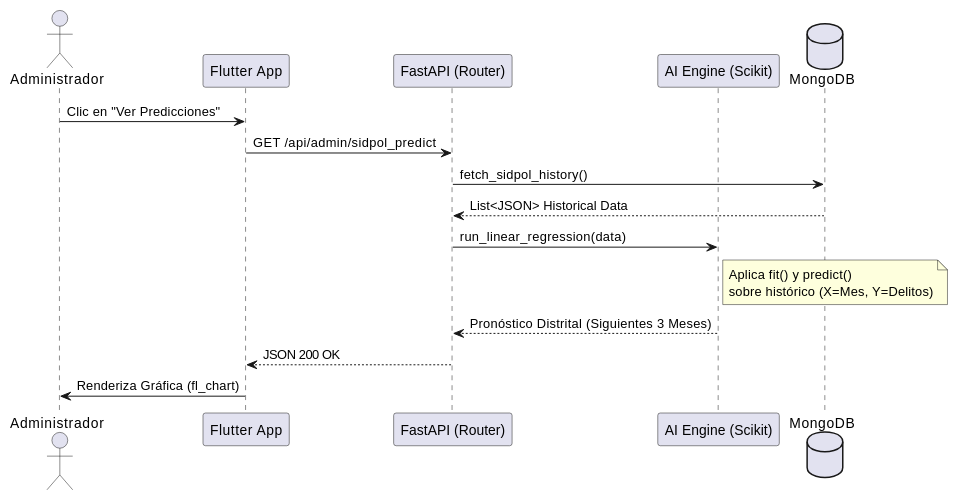
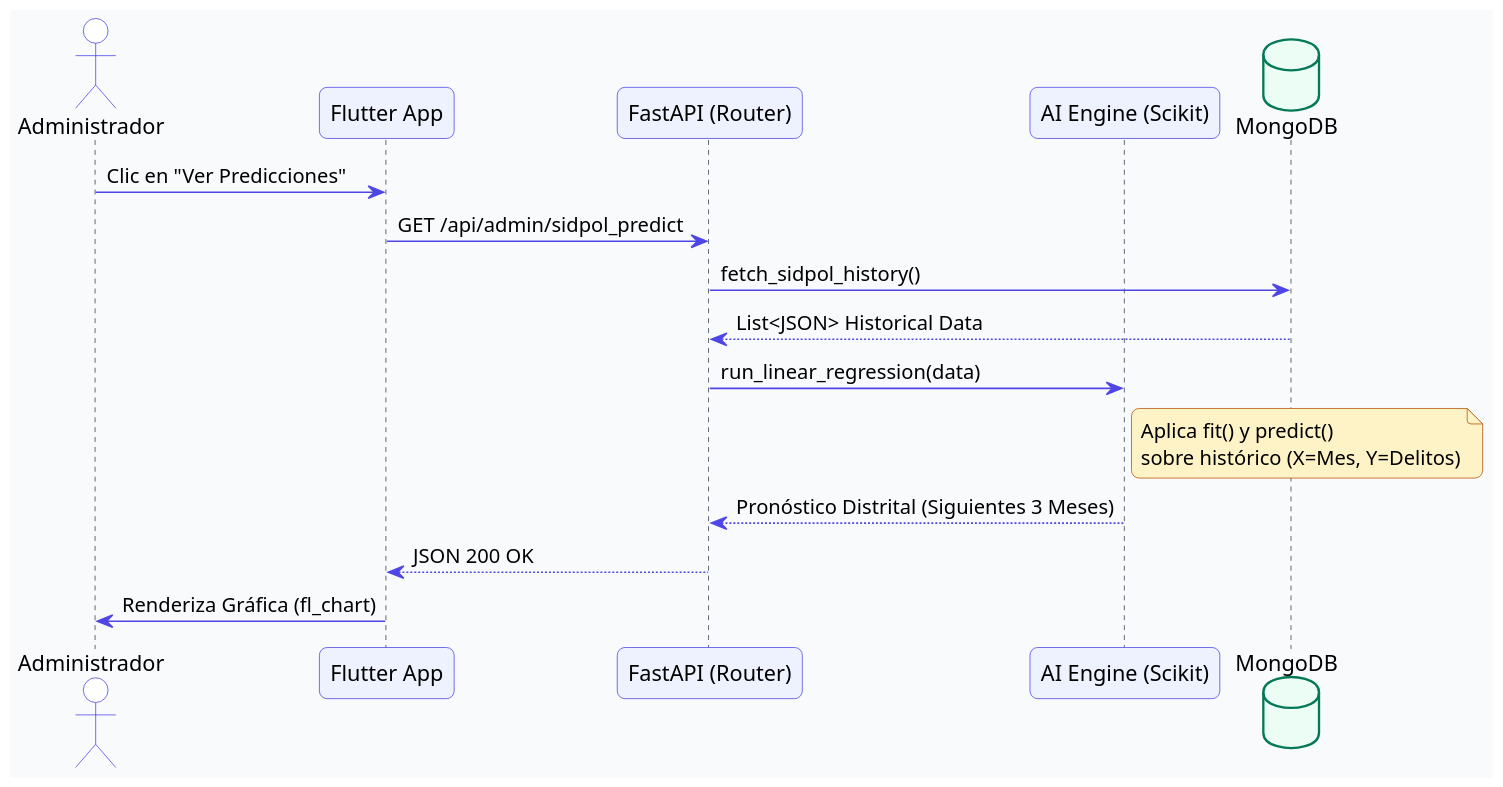
The seventh of 8 diagrams in docs/FD03-EPIS-Informe SRS de Proyecto.md (pieroalexanderppc/sgeo_pp), drawn with PlantUML before and after one commit. The commit also changed other lines of this file and 15 other files, not shown here.

````diff
--- a/docs/FD03-EPIS-Informe SRS de Proyecto.md
+++ b/docs/FD03-EPIS-Informe SRS de Proyecto.md
@@ -323,19 +393,36 @@
 ```plantuml
 @startuml
+skinparam shadowing false
+skinparam roundcorner 10
+skinparam dpi 150
+skinparam defaultFontName Segoe UI
+skinparam backgroundColor #F8FAFC
+skinparam ArrowColor #4F46E5
+skinparam SequenceParticipantBackgroundColor #EEF2FF
+skinparam SequenceParticipantBorderColor #4F46E5
+skinparam SequenceLifeLineBackgroundColor #4F46E5
+skinparam SequenceLifeLineBorderColor #334155
+skinparam ActorBackgroundColor #FFFFFF
+skinparam ActorBorderColor #4F46E5
+skinparam DatabaseBackgroundColor #ECFDF5
+skinparam DatabaseBorderColor #047857
+skinparam NoteBackgroundColor #FEF3C7
+skinparam NoteBorderColor #B45309
+
 actor Administrador
 participant "Flutter App" as App
 participant "FastAPI (Router)" as API
 participant "AI Engine (Scikit)" as AI
 database "MongoDB" as DB
 
 Administrador -> App : Clic en "Ver Predicciones"
 App -> API : GET /api/admin/sidpol_predict
 API -> DB : fetch_sidpol_history()
 DB --> API : List<JSON> Historical Data
 API -> AI : run_linear_regression(data)
 note right of AI: Aplica fit() y predict()\nsobre histórico (X=Mes, Y=Delitos)
 AI --> API : Pronóstico Distrital (Siguientes 3 Meses)
 API --> App : JSON 200 OK
 App -> Administrador : Renderiza Gráfica (fl_chart)
 @enduml
 ```
````
